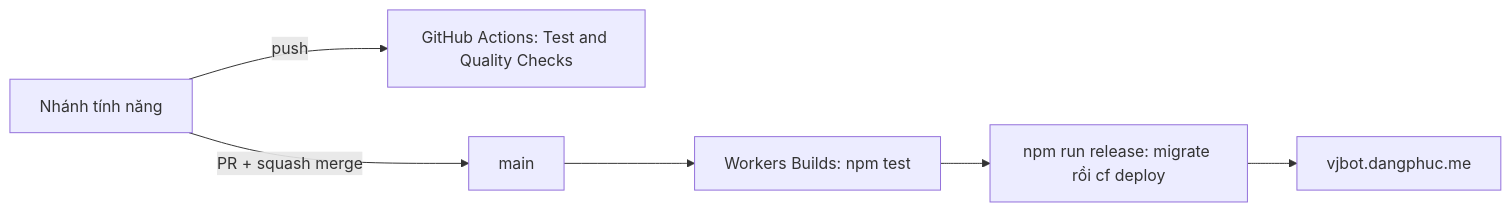
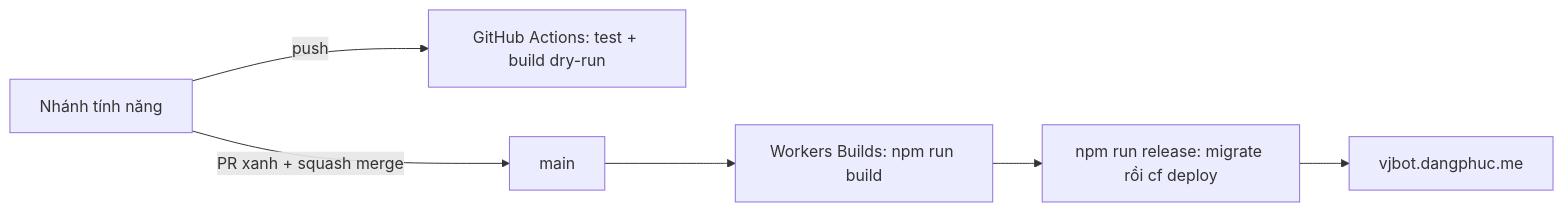
Before and after one commit to silent9669/VJ_BOT: the diagram in docs/DEPLOYMENT_CICD.md, drawn with Mermaid. The commit also changed other lines of this file and 11 other files, not shown here.

````diff
--- a/docs/DEPLOYMENT_CICD.md
+++ b/docs/DEPLOYMENT_CICD.md
@@ -12,8 +12,8 @@
 ```mermaid
 flowchart LR
-  A[Nhánh tính năng] -->|push| B[GitHub Actions: Test and Quality Checks]
-  A -->|PR + squash merge| M[main]
-  M --> C[Workers Builds: npm test]
+  A[Nhánh tính năng] -->|push| B[GitHub Actions: test + build dry-run]
+  A -->|PR xanh + squash merge| M[main]
+  M --> C[Workers Builds: npm run build]
   C --> D[npm run release: migrate rồi cf deploy]
   D --> P[vjbot.dangphuc.me]
 ```
````
